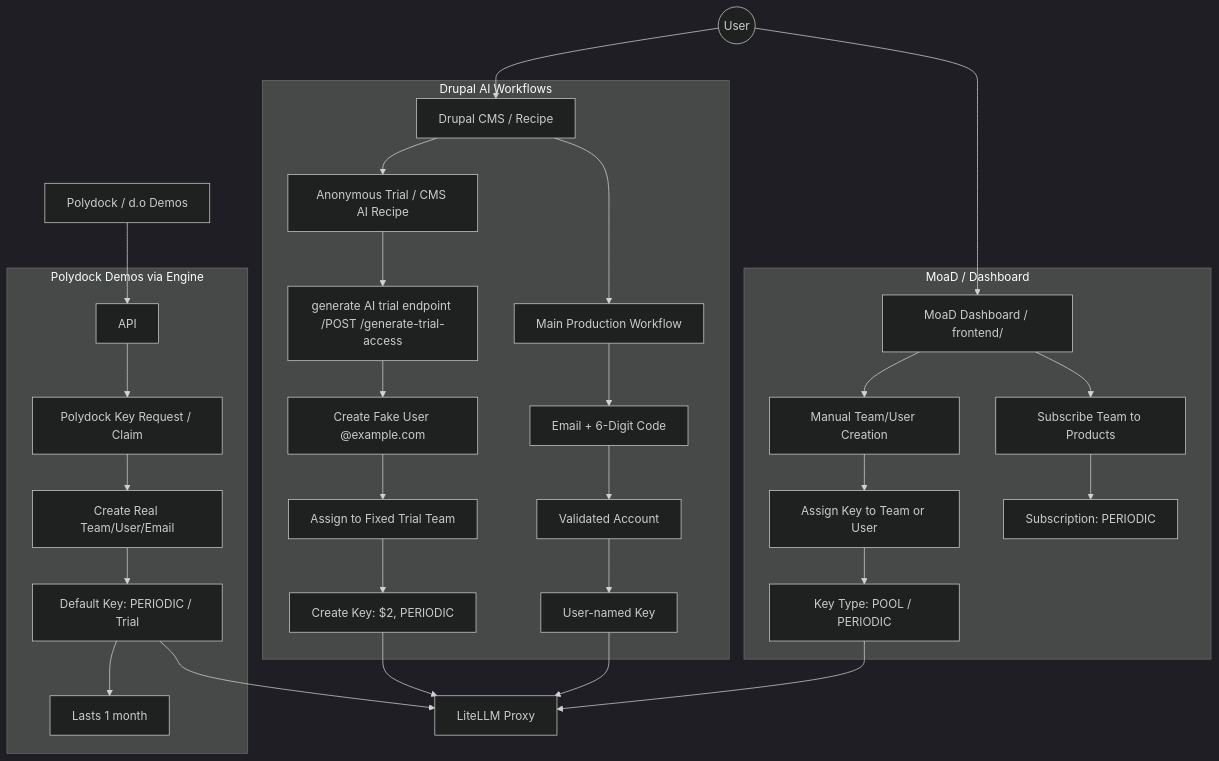
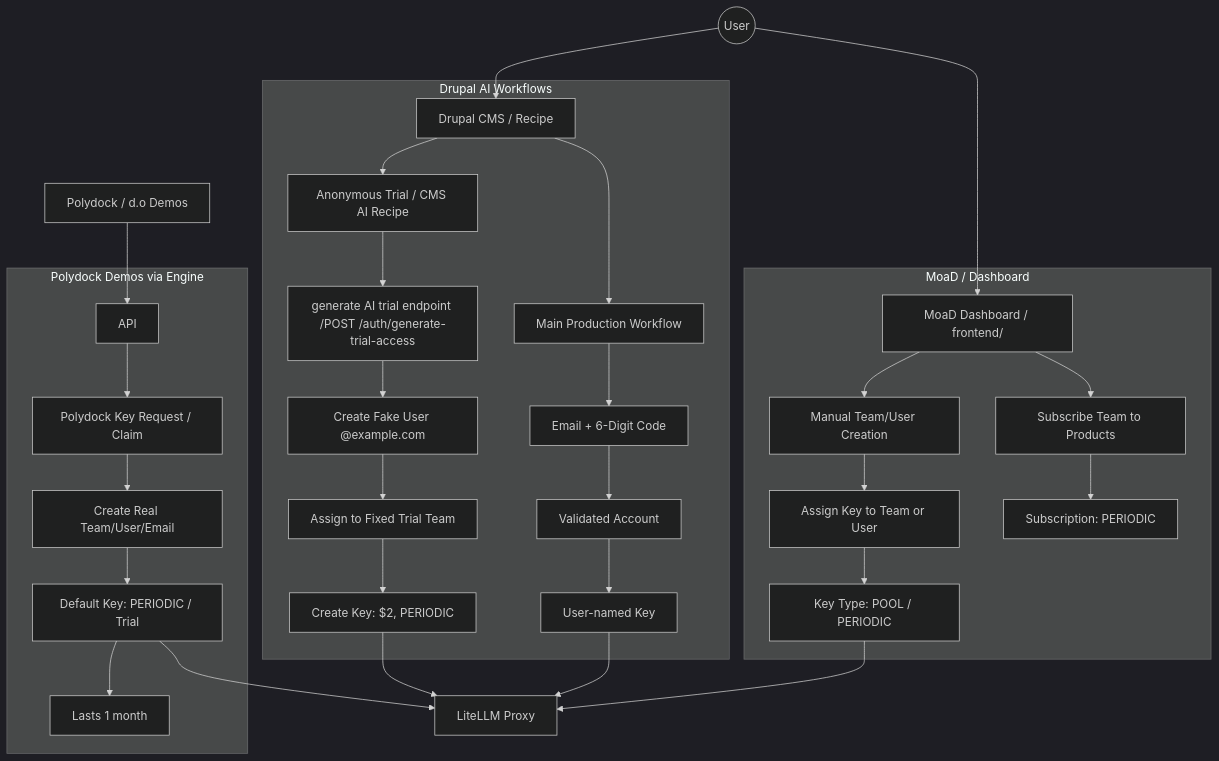
One commit to amazeeio/amazee.ai changed the diagram in docs/diagrams/workflows.md. Above: the diagram before and after it, drawn with Mermaid (dark theme).

````diff
--- a/docs/diagrams/workflows.md
+++ b/docs/diagrams/workflows.md
@@ -3,45 +3,45 @@
 ```mermaid
 graph TD
     %% Entry Points
     User((User)) --> Drupal[Drupal CMS / Recipe]
     User --> Dashboard[MoaD Dashboard / frontend/]
     Polydock[Polydock / d.o Demos] --> API
 
     %% Drupal Workflows
     subgraph Drupal_Workflows [Drupal AI Workflows]
         Drupal --> Trial[Anonymous Trial / CMS AI Recipe]
         Drupal --> MainProd[Main Production Workflow]
         
-        Trial --> GenTrialAPI[generate AI trial endpoint /POST /generate-trial-access]
+        Trial --> GenTrialAPI[generate AI trial endpoint /POST /auth/generate-trial-access]
         GenTrialAPI --> TrialUser[Create Fake User @example.com]
         TrialUser --> TrialTeam[Assign to Fixed Trial Team]
         TrialTeam --> TrialKey[Create Key: $2, PERIODIC]
         
         MainProd --> EmailVal[Email + 6-Digit Code]
         EmailVal --> LinkedAccount[Validated Account]
         LinkedAccount --> CustomKey[User-named Key]
     end
 
     %% Polydock Workflow
     subgraph Polydock_Workflow [Polydock Demos via Engine]
         API --> PolyReq[Polydock Key Request / Claim]
         PolyReq --> RealEntity[Create Real Team/User/Email]
         RealEntity --> DefaultKey[Default Key: PERIODIC / Trial]
         DefaultKey --> LifeSpan[Lasts 1 month]
     end
 
     %% MoaD Dashboard
     subgraph Dashboard_Operations [MoaD / Dashboard]
         Dashboard --> ManCreate[Manual Team/User Creation]
         Dashboard --> Subscribe[Subscribe Team to Products]
         ManCreate --> AssignKey[Assign Key to Team or User]
         AssignKey --> PoolKey[Key Type: POOL / PERIODIC]
         Subscribe --> SubscriptionLogic[Subscription: PERIODIC]
     end
 
     %% Core Data
     TrialKey --> LiteLLM[LiteLLM Proxy]
     CustomKey --> LiteLLM
     DefaultKey --> LiteLLM
     PoolKey --> LiteLLM
 ```
````
